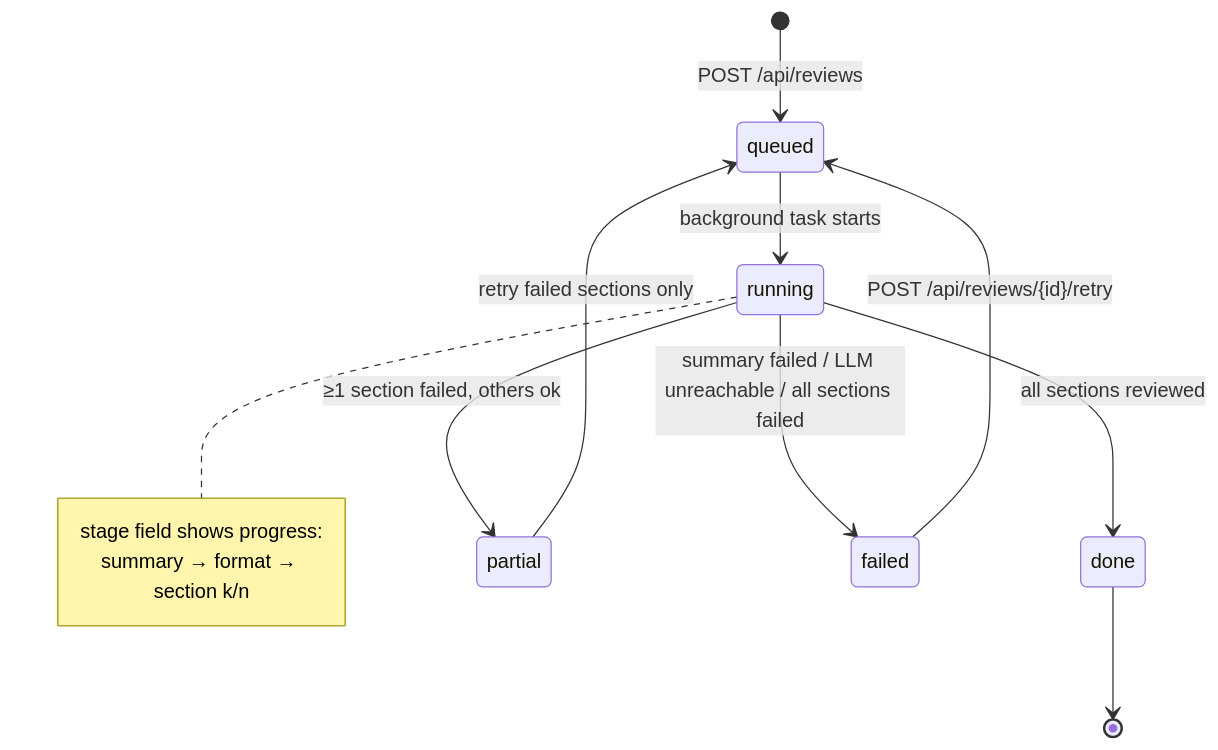
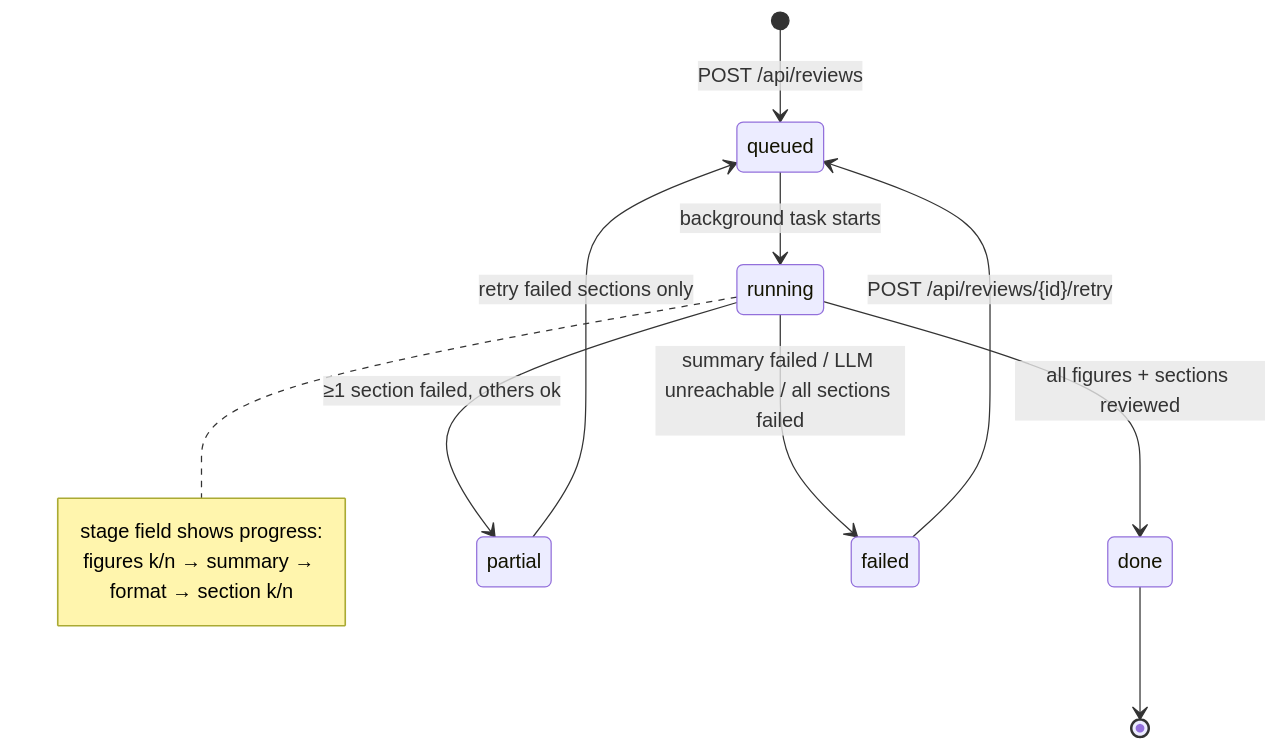
Before and after one commit to hamza-prof/industry-mentor-llm-agent: the eighth of 9 diagrams in architecture.md, drawn with Mermaid. The commit also changed other lines of this file and 22 other files, not shown here.

````diff
--- a/architecture.md
+++ b/architecture.md
@@ -283,15 +294,15 @@
 ```mermaid
 stateDiagram-v2
     [*] --> queued: POST /api/reviews
     queued --> running: background task starts
-    running --> done: all sections reviewed
+    running --> done: all figures + sections reviewed
     running --> partial: ≥1 section failed, others ok
     running --> failed: summary failed / LLM unreachable / all sections failed
     failed --> queued: POST /api/reviews/{id}/retry
     partial --> queued: retry failed sections only
     done --> [*]
     note right of running
         stage field shows progress:
-        summary → format → section k/n
+        figures k/n → summary → format → section k/n
     end note
 ```
````
